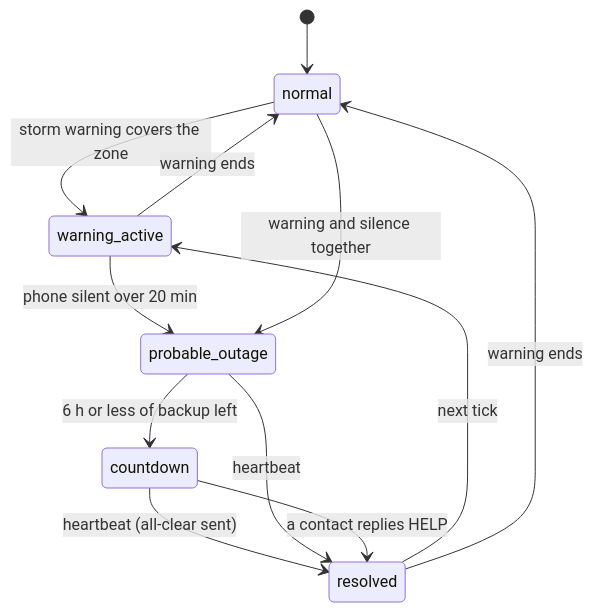
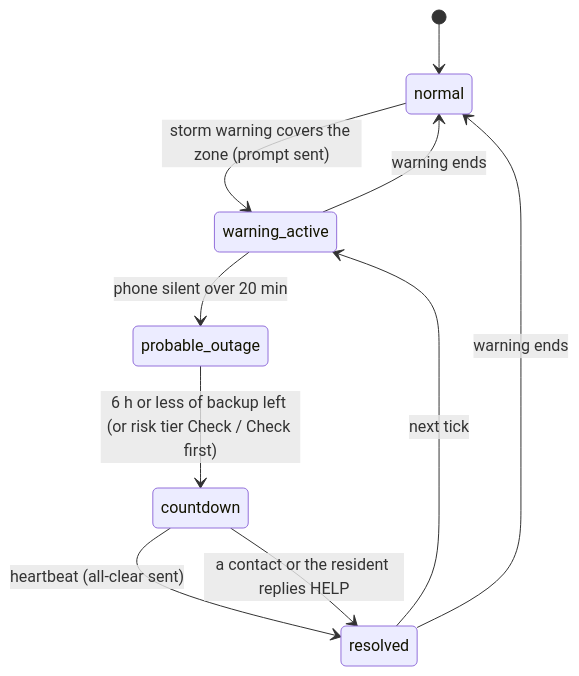
The second of 2 diagrams in README.md (studentaccount2028/pilot-light), drawn with Mermaid before and after one commit. The commit also changed other lines of this file and 52 other files, not shown here.

First line of the commit message:
Login, backtest, nearest help, risk score and submission drafts

````diff
--- a/README.md
+++ b/README.md
@@ -50,14 +59,12 @@
 ```mermaid
 stateDiagram-v2
   [*] --> normal
-  normal --> warning_active: storm warning covers the zone
+  normal --> warning_active: storm warning covers the zone (prompt sent)
   warning_active --> normal: warning ends
   warning_active --> probable_outage: phone silent over 20 min
-  normal --> probable_outage: warning and silence together
-  probable_outage --> countdown: 6 h or less of backup left
+  probable_outage --> countdown: 6 h or less of backup left (or risk tier Check / Check first)
   countdown --> resolved: heartbeat (all-clear sent)
-  probable_outage --> resolved: heartbeat
-  countdown --> resolved: a contact replies HELP
+  countdown --> resolved: a contact or the resident replies HELP
   resolved --> warning_active: next tick
   resolved --> normal: warning ends
 ```
````
